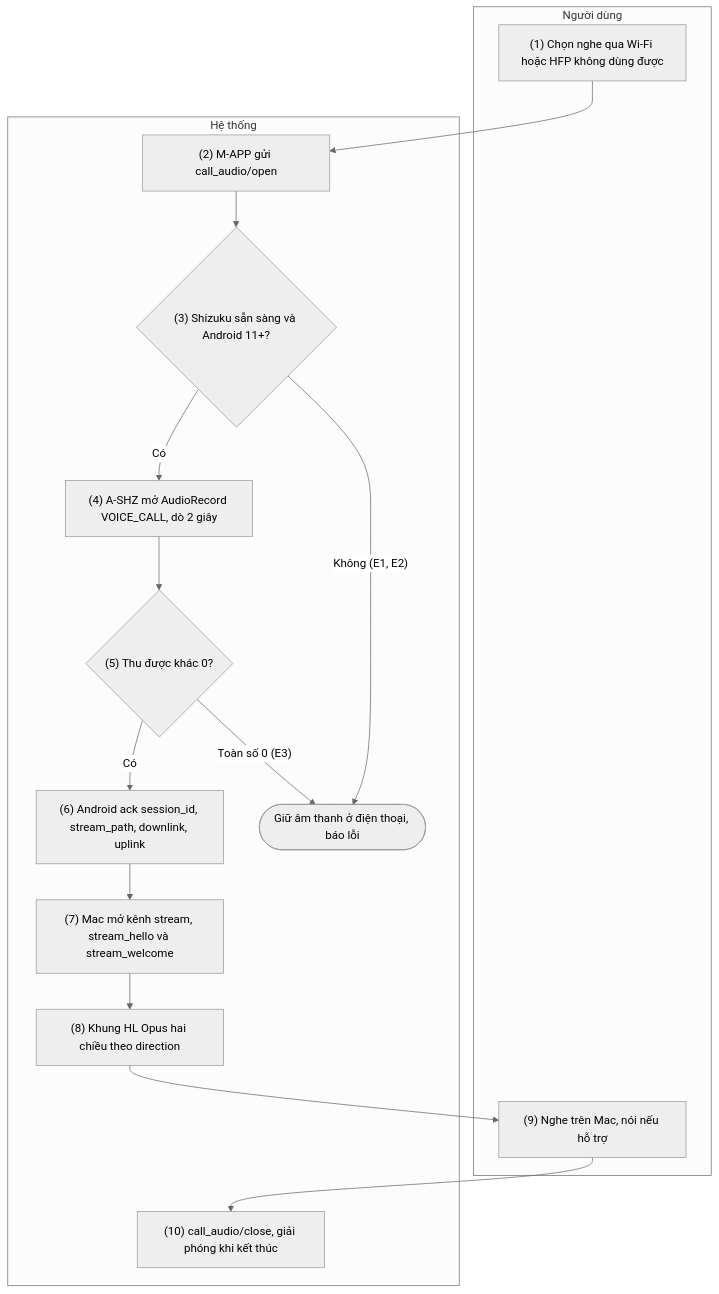
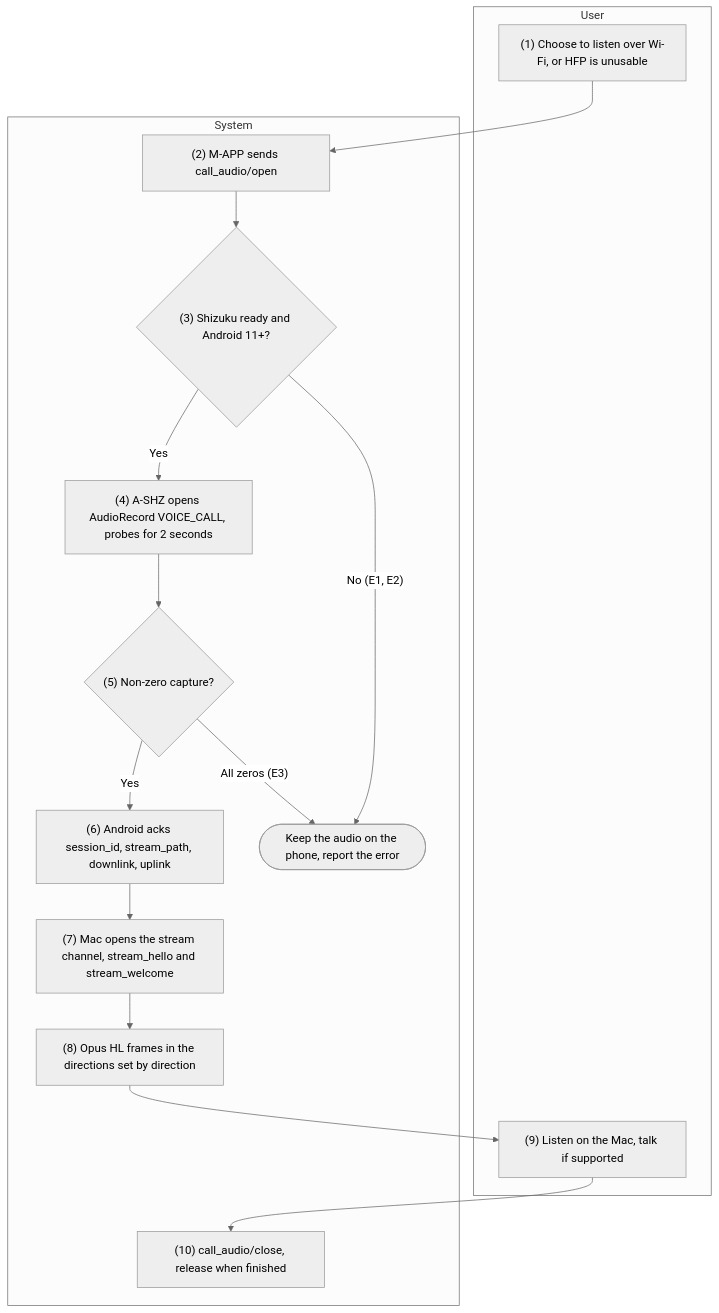
One commit to HandLive/handlive changed the fourth of 4 diagrams in docs/detailed-design/07-call-audio.md. Above: the diagram before and after it, drawn with Mermaid (neutral theme). The commit also changed other lines of this file and 1 other file, not shown here.

Commit message:
docs: translate docs/detailed-design/07-call-audio.md into English

````diff
--- a/docs/detailed-design/07-call-audio.md
+++ b/docs/detailed-design/07-call-audio.md
@@ -677,25 +695,25 @@
 ```mermaid
 flowchart TB
-  subgraph ND["Người dùng"]
-    U1["(1) Chọn nghe qua Wi-Fi hoặc HFP không dùng được"]
-    U9["(9) Nghe trên Mac, nói nếu hỗ trợ"]
+  subgraph ND["User"]
+    U1["(1) Choose to listen over Wi-Fi, or HFP is unusable"]
+    U9["(9) Listen on the Mac, talk if supported"]
   end
-  subgraph HT["Hệ thống"]
-    S2["(2) M-APP gửi call_audio/open"]
-    D3{"(3) Shizuku sẵn sàng và Android 11+?"}
-    S4["(4) A-SHZ mở AudioRecord VOICE_CALL, dò 2 giây"]
-    D5{"(5) Thu được khác 0?"}
-    S6["(6) Android ack session_id, stream_path, downlink, uplink"]
-    S7["(7) Mac mở kênh stream, stream_hello và stream_welcome"]
-    S8["(8) Khung HL Opus hai chiều theo direction"]
-    S10["(10) call_audio/close, giải phóng khi kết thúc"]
-    X1(["Giữ âm thanh ở điện thoại, báo lỗi"])
+  subgraph HT["System"]
+    S2["(2) M-APP sends call_audio/open"]
+    D3{"(3) Shizuku ready and Android 11+?"}
+    S4["(4) A-SHZ opens AudioRecord VOICE_CALL, probes for 2 seconds"]
+    D5{"(5) Non-zero capture?"}
+    S6["(6) Android acks session_id, stream_path, downlink, uplink"]
+    S7["(7) Mac opens the stream channel, stream_hello and stream_welcome"]
+    S8["(8) Opus HL frames in the directions set by direction"]
+    S10["(10) call_audio/close, release when finished"]
+    X1(["Keep the audio on the phone, report the error"])
   end
   U1 --> S2 --> D3
-  D3 -- "Có" --> S4
-  D3 -- "Không (E1, E2)" --> X1
+  D3 -- "Yes" --> S4
+  D3 -- "No (E1, E2)" --> X1
   S4 --> D5
-  D5 -- "Có" --> S6
-  D5 -- "Toàn số 0 (E3)" --> X1
+  D5 -- "Yes" --> S6
+  D5 -- "All zeros (E3)" --> X1
   S6 --> S7 --> S8 --> U9 --> S10
 ```
````
